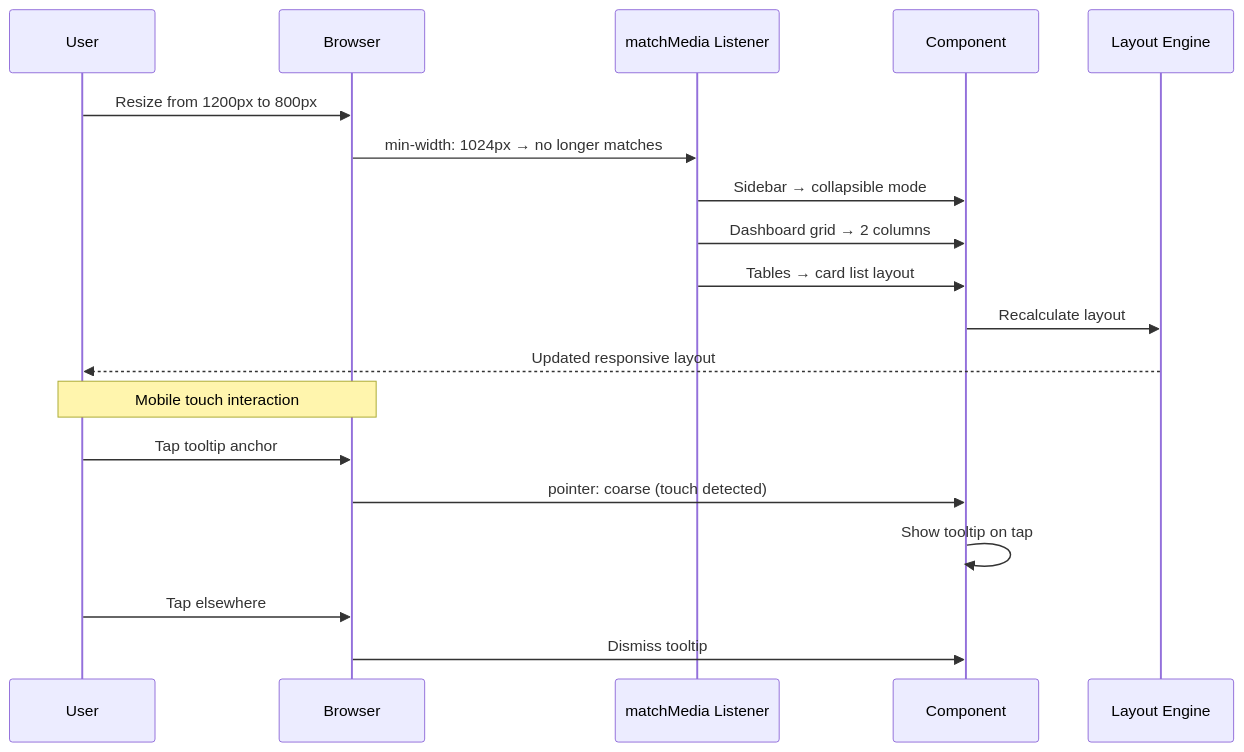
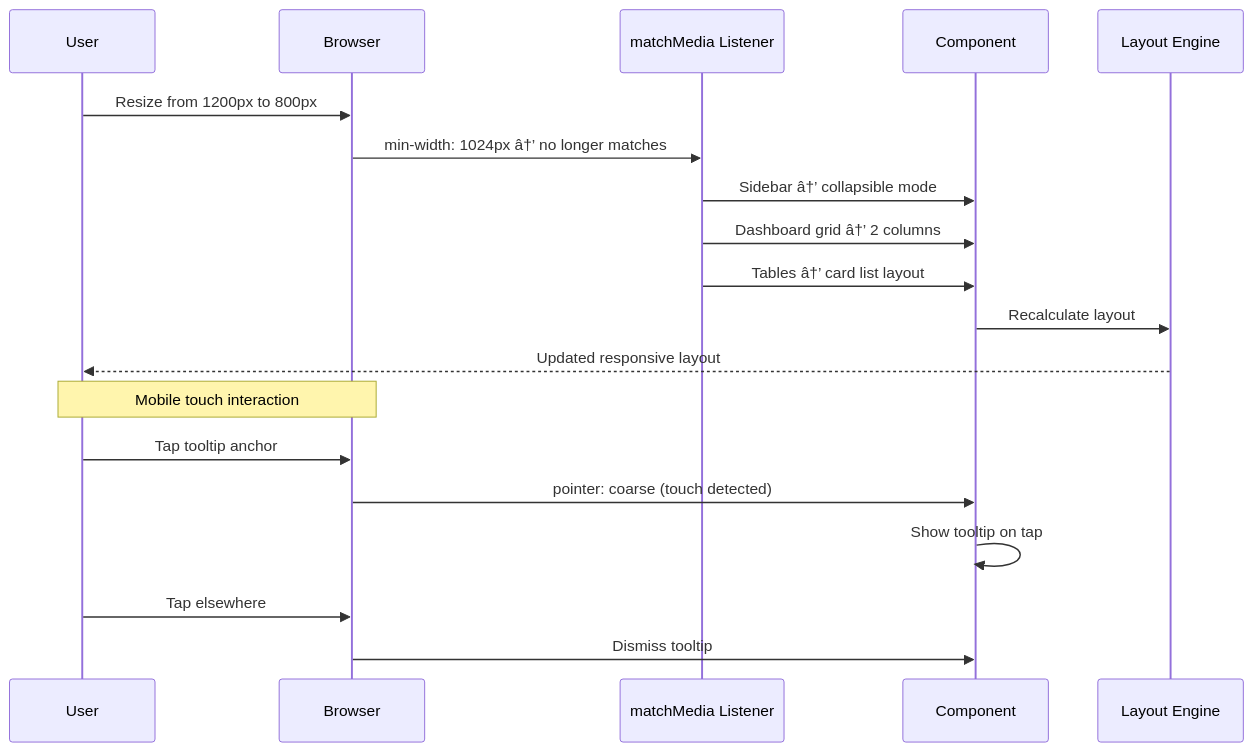
Before and after one commit to Driftloom/Vaeloom: the second of 2 diagrams in Docs/Frontend/Responsive-Design.md, drawn with Mermaid. The commit also changed other lines of this file and 249 other files, not shown here.

````diff
--- a/Docs/Frontend/Responsive-Design.md
+++ b/Docs/Frontend/Responsive-Design.md
@@ -156,23 +156,23 @@
 ```mermaid
 sequenceDiagram
     participant U as User
     participant B as Browser
     participant MQ as matchMedia Listener
     participant C as Component
     participant L as Layout Engine
 
     U->>B: Resize from 1200px to 800px
-    B->>MQ: min-width: 1024px → no longer matches
-    MQ->>C: Sidebar → collapsible mode
-    MQ->>C: Dashboard grid → 2 columns
-    MQ->>C: Tables → card list layout
+    B->>MQ: min-width: 1024px â†’ no longer matches
+    MQ->>C: Sidebar â†’ collapsible mode
+    MQ->>C: Dashboard grid â†’ 2 columns
+    MQ->>C: Tables â†’ card list layout
     C->>L: Recalculate layout
     L-->>U: Updated responsive layout
 
     Note over U,B: Mobile touch interaction
     U->>B: Tap tooltip anchor
     B->>C: pointer: coarse (touch detected)
     C->>C: Show tooltip on tap
     U->>B: Tap elsewhere
     B->>C: Dismiss tooltip
 ```
````
